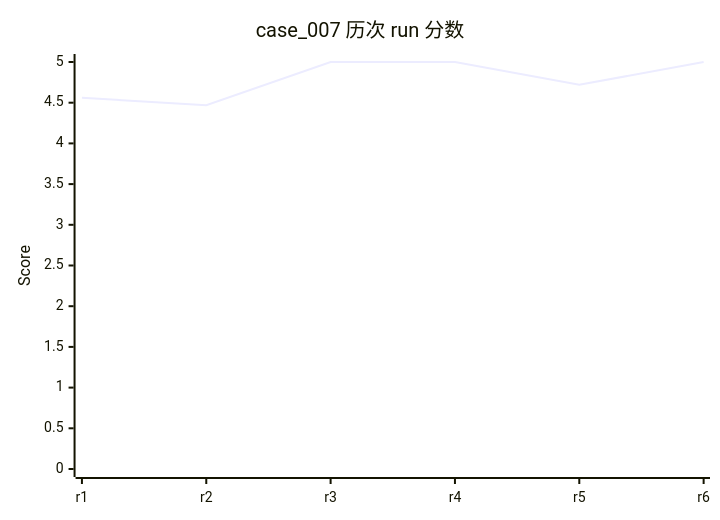
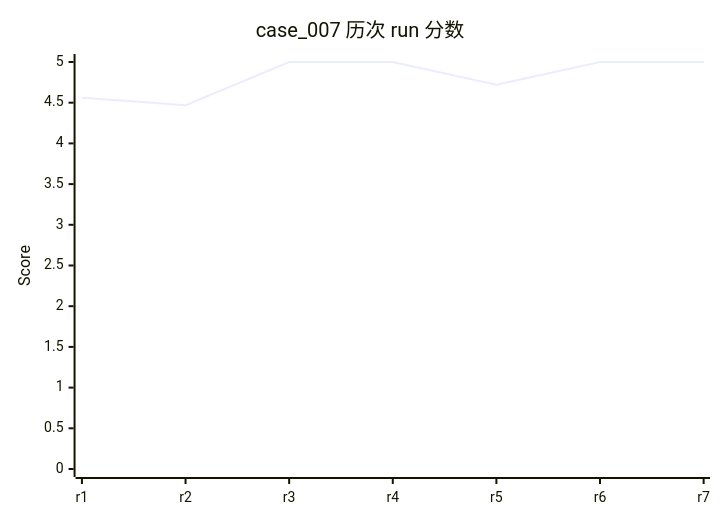
Before and after one commit to rushengzhou/sid-code: diagram 13 of 58 in evals/DASHBOARD.md, drawn with Mermaid. The commit also changed other lines of this file and 108 other files, not shown here.

````diff
--- a/evals/DASHBOARD.md
+++ b/evals/DASHBOARD.md
@@ -335,7 +336,7 @@
 ```mermaid
 xychart-beta
     title "case_007 历次 run 分数"
-    x-axis [r1, r2, r3, r4, r5, r6]
+    x-axis [r1, r2, r3, r4, r5, r6, r7]
     y-axis "Score" 0 --> 5
-    line [4.56, 4.47, 5.00, 5.00, 4.72, 5.00]
+    line [4.56, 4.47, 5.00, 5.00, 4.72, 5.00, 5.00]
 ```
````
